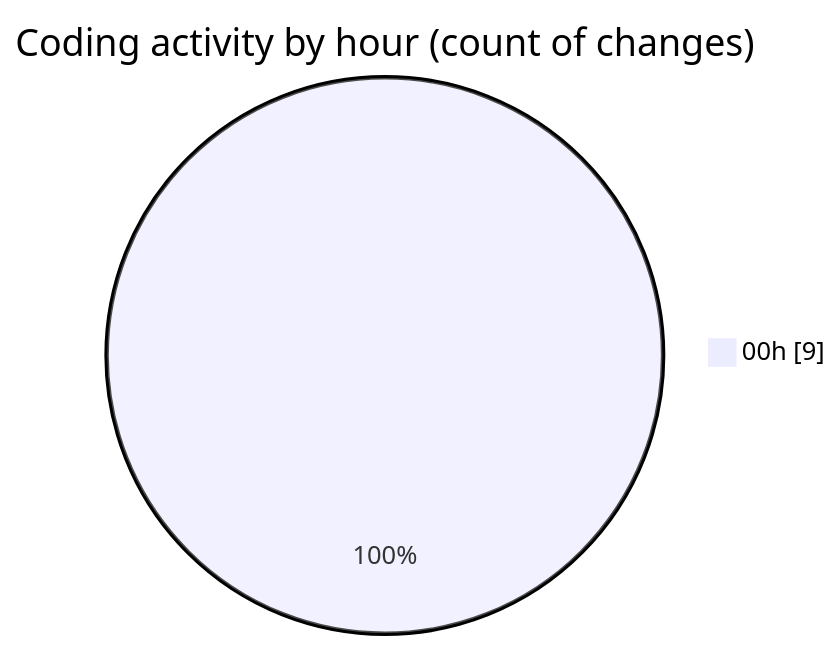
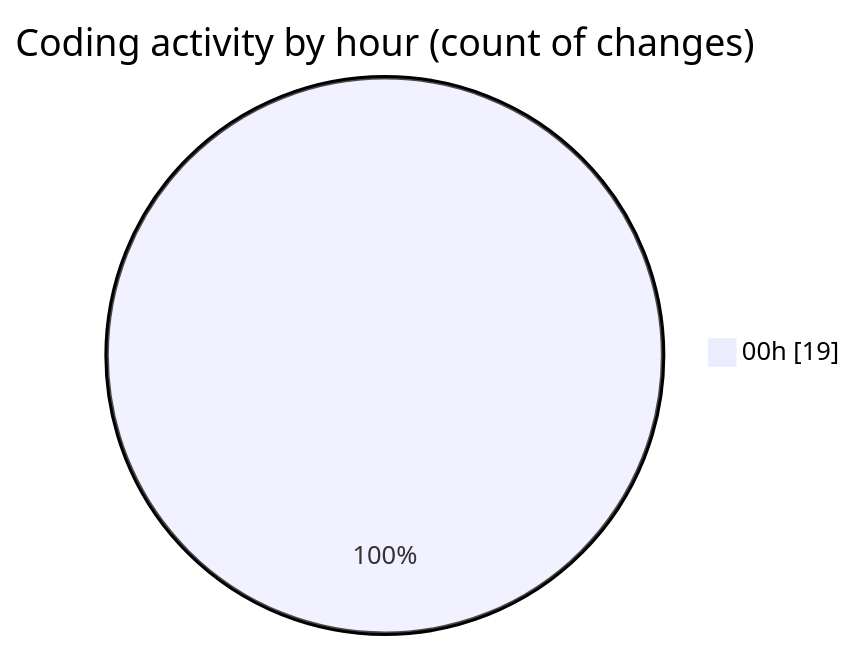
One commit to EIIisD/code-tracking changed the second of 2 diagrams in 2025-08-12/ribbon/README.md. Above: the diagram before and after it, drawn with Mermaid. The commit also changed other lines of this file and 1 other file, not shown here.

````diff
--- a/2025-08-12/ribbon/README.md
+++ b/2025-08-12/ribbon/README.md
@@ -34,5 +36,5 @@
 ```mermaid
 pie showData
 title Coding activity by hour (count of changes)
-"00h" : 9
+"00h" : 19
 ```
````
